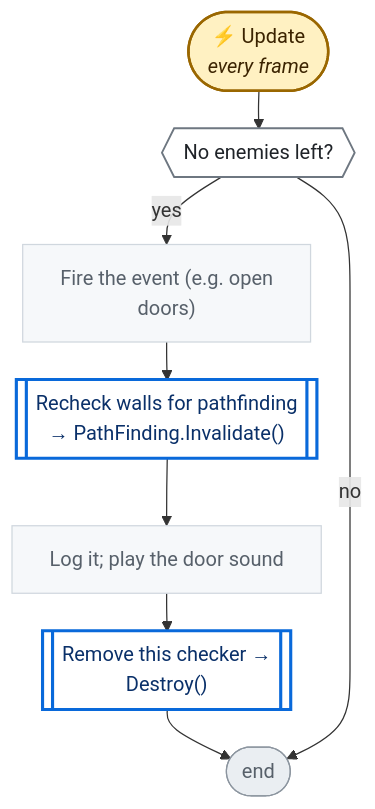
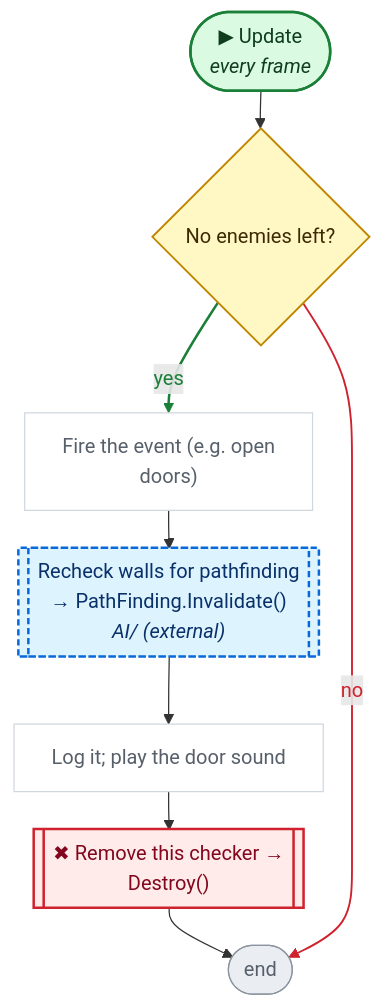
Before and after one commit to nataiai/Lord-of-the-Dungeon: the second of 3 diagrams in CodeGraph~/graph/Map/EventAllEnemiesDefeated.cs.md, drawn with Mermaid. The commit also changed other lines of this file and 44 other files, not shown here.

````diff
--- a/CodeGraph~/graph/Map/EventAllEnemiesDefeated.cs.md
+++ b/CodeGraph~/graph/Map/EventAllEnemiesDefeated.cs.md
@@ -41,39 +41,46 @@
 ```mermaid
 ---
 config:
   flowchart:
     wrappingWidth: 260
     nodeSpacing: 26
     rankSpacing: 30
 ---
 flowchart TD
-  nS(["⚡ Update<br><i>every frame</i>"])
-  n7e9c3f{{"No enemies left?"}}
+  nS(["▶ Update<br><i>every frame</i>"])
+  n7e9c3f{"No enemies left?"}
   nb913fd["Fire the event (e.g. open<br>doors)"]
-  nd2f86b[["Recheck walls for pathfinding<br>→ PathFinding.Invalidate()"]]
+  nd2f86b[["Recheck walls for pathfinding<br>→ PathFinding.Invalidate()<br><i>AI/ (external)</i>"]]
   n12d231["Log it; play the door sound"]
-  nbee12d[["Remove this checker →<br>Destroy()"]]
+  nbee12d[["✖ Remove this checker →<br>Destroy()"]]
   nE(["end"])
   nS --> n7e9c3f
   n7e9c3f -->|yes| nb913fd
   nb913fd --> nd2f86b
   nd2f86b --> n12d231
   n12d231 --> nbee12d
   nbee12d --> nE
   n7e9c3f -->|no| nE
-  classDef unity fill:#fff1c2,stroke:#9a6700,stroke-width:2px,color:#3b2300
-  classDef start fill:#ddf4ff,stroke:#0969da,stroke-width:2px,color:#0a3069
-  classDef calc fill:#f6f8fa,stroke:#d0d7de,color:#57606a
-  classDef calls fill:#ffffff,stroke:#0969da,stroke-width:2.5px,color:#0a3069
-  classDef cond fill:#ffffff,stroke:#6e7781,stroke-width:1.5px,color:#1f2328
-  classDef loop fill:#fbefff,stroke:#8250df,color:#3e1f79
-  classDef exit fill:#eaeef2,stroke:#57606a,color:#24292f
-  classDef wait fill:#fff8f0,stroke:#bc4c00,color:#4d1d00
+  linkStyle 1 stroke:#1a7f37,stroke-width:2px,color:#1a7f37
+  linkStyle 6 stroke:#cf222e,stroke-width:1.5px,color:#cf222e
+  classDef unity fill:#dafbe1,stroke:#1a7f37,stroke-width:2px,color:#0f3d1d
+  classDef start fill:#dafbe1,stroke:#1a7f37,stroke-width:2px,color:#0f3d1d
+  classDef calc fill:#ffffff,stroke:#d0d7de,color:#57606a
+  classDef calls fill:#ddf4ff,stroke:#0969da,stroke-width:2px,color:#0a3069
+  classDef ext fill:#ddf4ff,stroke:#0969da,stroke-width:2px,stroke-dasharray:5 3,color:#0a3069
+  classDef cond fill:#fff8c5,stroke:#bf8700,stroke-width:1.5px,color:#3d2a00
+  classDef loop fill:#f6f8fa,stroke:#57606a,color:#1f2328
+  classDef exit fill:#ffebe9,stroke:#cf222e,color:#82071e
+  classDef kill fill:#ffebe9,stroke:#cf222e,stroke-width:2px,color:#82071e
+  classDef spawn fill:#dafbe1,stroke:#1a7f37,stroke-width:2px,color:#0f3d1d
+  classDef wait fill:#fff1e5,stroke:#bc4c00,color:#4d1d00
   classDef fin fill:#eaeef2,stroke:#8c959f,color:#57606a
   classDef join fill:#d0d7de,stroke:#8c959f,color:#57606a
+  classDef ghdr fill:#f5f9ff,stroke:#f5f9ff,color:#0a3069,font-weight:bold
   class nb913fd,n12d231 calc
-  class nd2f86b,nbee12d calls
   class n7e9c3f cond
+  class nd2f86b ext
   class nE fin
+  class nbee12d kill
   class nS unity
 ```
````
